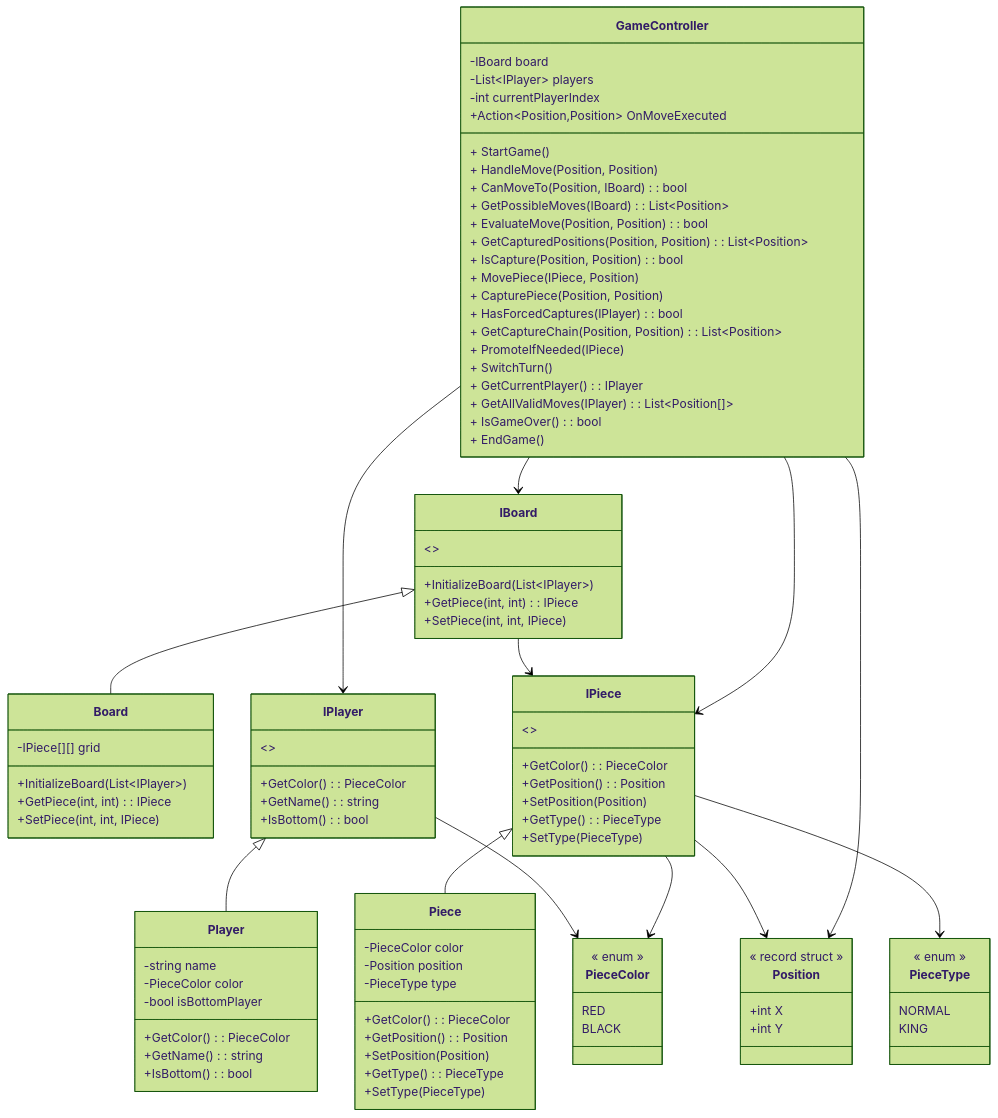
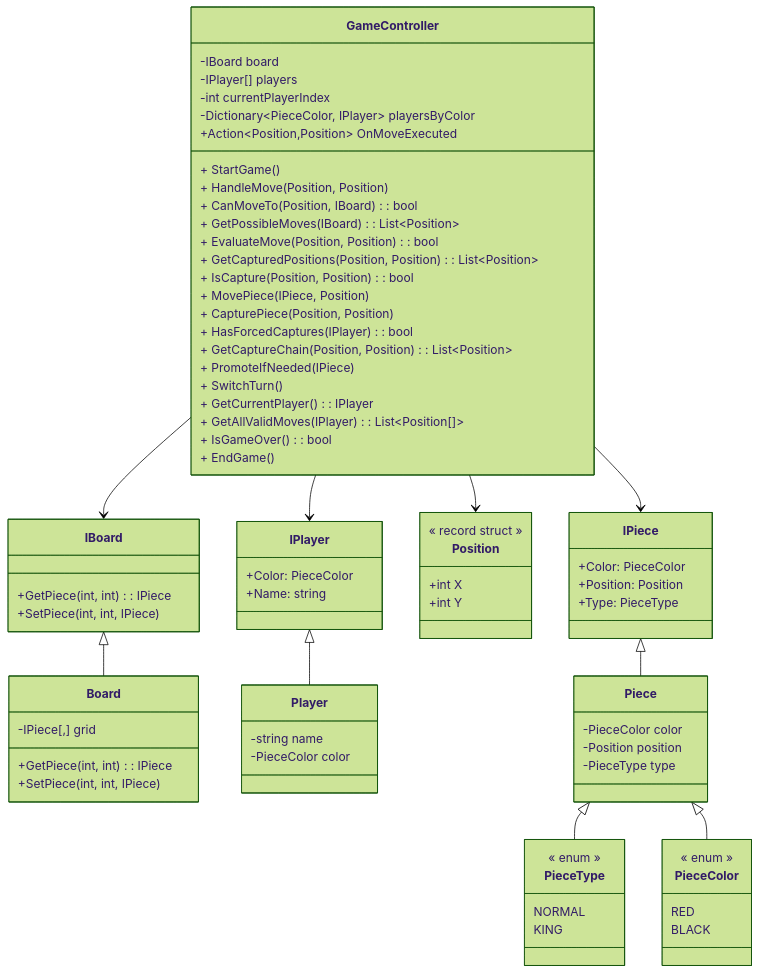
Before and after one commit to alifrain/Bootcamp: the diagram in Day8/test.mmd, drawn with Mermaid (forest theme). The commit also changed 10 other files, not shown here.

```diff
--- a/Day8/test.mmd
+++ b/Day8/test.mmd
@@ -1,108 +1,87 @@
 classDiagram
     class GameController {
         -IBoard board
-        -List~IPlayer~ players
+        -IPlayer[] players
         -int currentPlayerIndex
+        -Dictionary~PieceColor, IPlayer~ playersByColor
         +Action~Position,Position~ OnMoveExecuted
         + StartGame()
         + HandleMove(Position, Position)
         + CanMoveTo(Position, IBoard): bool
         + GetPossibleMoves(IBoard): List~Position~
         + EvaluateMove(Position, Position): bool
         + GetCapturedPositions(Position, Position): List~Position~
         + IsCapture(Position, Position): bool
         + MovePiece(IPiece, Position)
         + CapturePiece(Position, Position)
         + HasForcedCaptures(IPlayer): bool      
         + GetCaptureChain(Position, Position): List~Position~
         + PromoteIfNeeded(IPiece)
         + SwitchTurn()
         + GetCurrentPlayer(): IPlayer
         + GetAllValidMoves(IPlayer): List~Position[]~
         + IsGameOver(): bool
         + EndGame()
     }
-
+    
     class IBoard {
-        +InitializeBoard(List~IPlayer~)
-        +GetPiece(int, int): IPiece
-        +SetPiece(int, int, IPiece)
-        <>
-    }
-
-    class Board {
-        -IPiece[][] grid
-        +InitializeBoard(List~IPlayer~)
         +GetPiece(int, int): IPiece
         +SetPiece(int, int, IPiece)
     }
-
+    
+    class Board {
+        -IPiece[,] grid
+        +GetPiece(int, int): IPiece
+        +SetPiece(int, int, IPiece)
+    }
+    
     class IPlayer {
-        +GetColor(): PieceColor
-        +GetName(): string
-        +IsBottom(): bool
-        <>
+        +Color: PieceColor
+        +Name: string
     }
-
+    
     class Player {
         -string name
         -PieceColor color
-        -bool isBottomPlayer
-        +GetColor(): PieceColor
-        +GetName(): string
-        +IsBottom(): bool
     }
-
+    
     class Position {
         +int X
         +int Y
         << record struct >>
     }
-
+    
     class PieceType {
         NORMAL
         KING
         << enum >>
     }
-
+    
     class PieceColor {
         RED
         BLACK
         << enum >>
     }
-
+    
     class IPiece {
-        +GetColor(): PieceColor
-        +GetPosition(): Position
-        +SetPosition(Position)
-        +GetType(): PieceType
-        +SetType(PieceType)
-        <>
+        +Color: PieceColor
+        +Position: Position
+        +Type: PieceType
     }
-
+    
     class Piece {
         -PieceColor color
         -Position position
         -PieceType type
-        +GetColor(): PieceColor
-        +GetPosition(): Position
-        +SetPosition(Position)
-        +GetType(): PieceType
-        +SetType(PieceType)
     }
-
-   GameController --> IBoard
+    
+    GameController --> IBoard
     GameController --> IPlayer
     GameController --> IPiece
     GameController --> Position
 
     IBoard <|-- Board
     IPlayer <|-- Player
     IPiece <|-- Piece
-    
-    IPiece --> Position
-    IPiece --> PieceColor
-    IPiece --> PieceType
-    
-    IBoard --> IPiece
-    IPlayer --> PieceColor
+    Piece <|-- PieceType
+    Piece <|-- PieceColor
```
